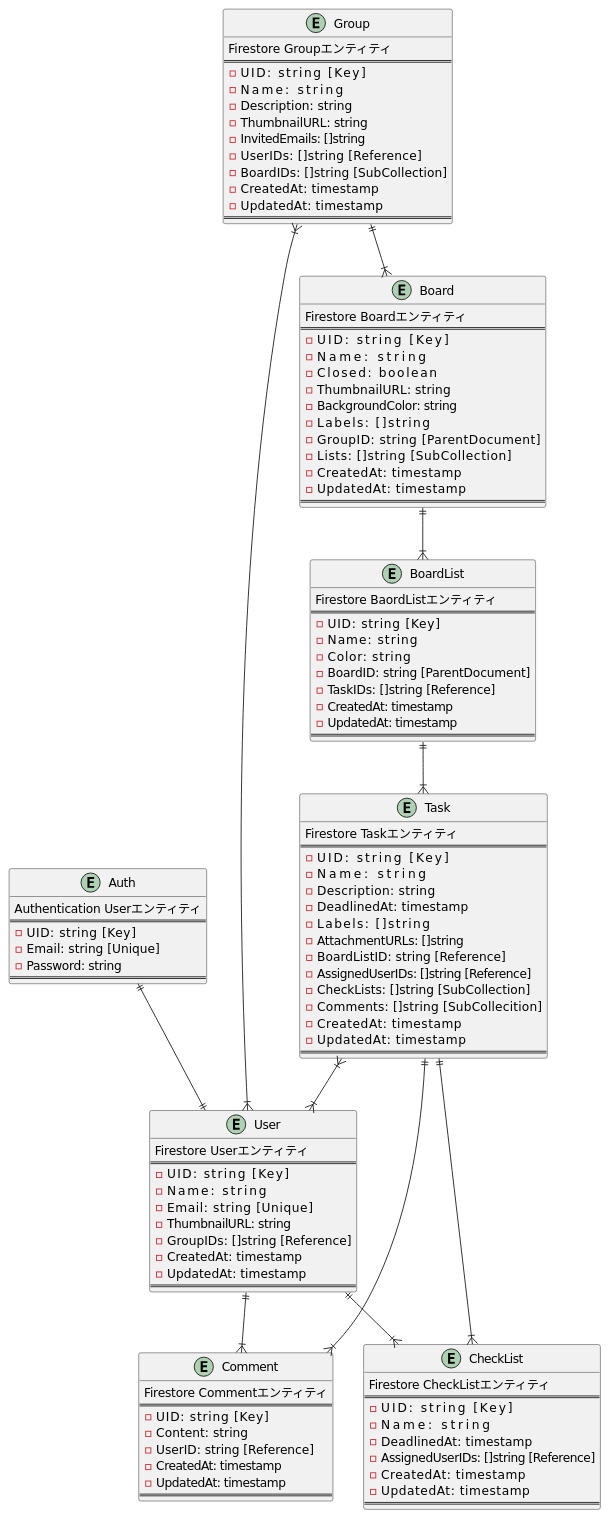
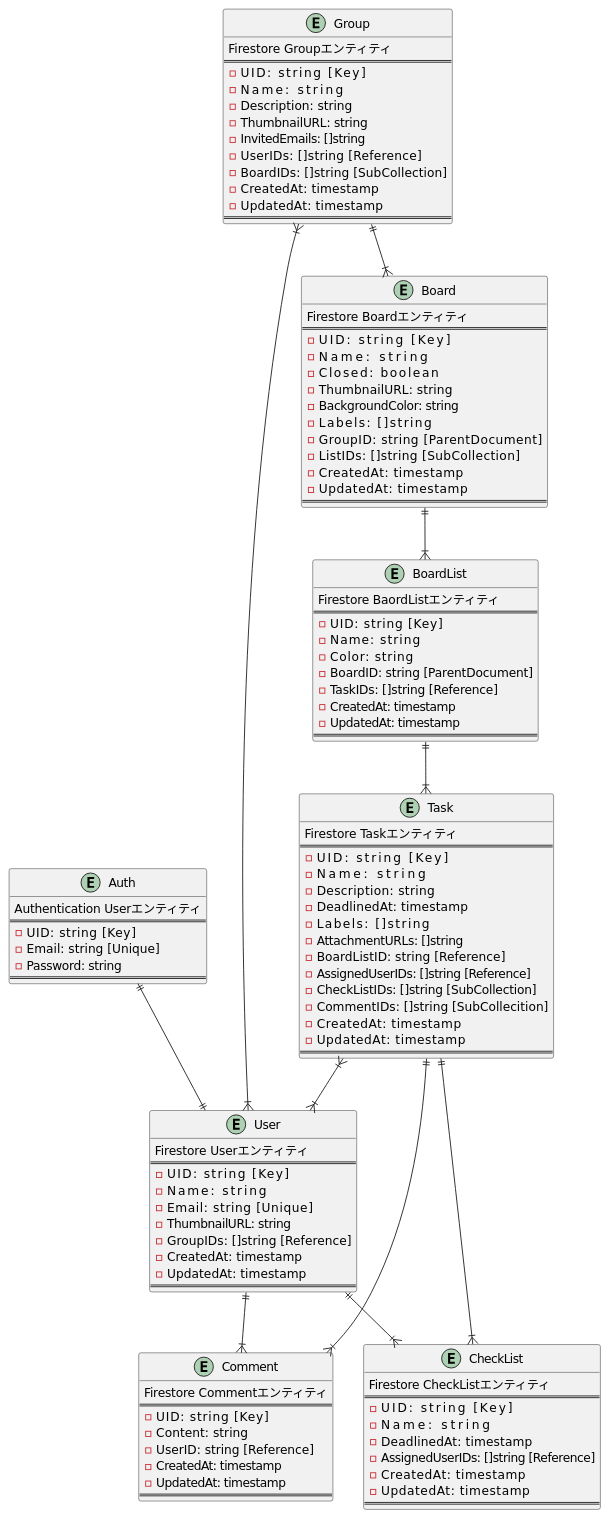
The diagram in docs/03_infrastructure/02_cloud/02_firebase/01_firestore/firestore.puml (calmato/gran), drawn with PlantUML before and after one commit.

Commit message:
docs: fix class diagram

```diff
--- a/docs/03_infrastructure/02_cloud/02_firebase/01_firestore/firestore.puml
+++ b/docs/03_infrastructure/02_cloud/02_firebase/01_firestore/firestore.puml
@@ -1,122 +1,122 @@
 @startuml firestore
 ' --- Entity --- '
 entity "Auth" {
   Authentication Userエンティティ
   ==
   - UID:      string [Key]
   - Email:    string [Unique]
   - Password: string
   ==
 }
 
 entity "User" {
   Firestore Userエンティティ
   ==
   - UID:          string [Key]
   - Name:         string
   - Email:        string [Unique]
   - ThumbnailURL: string
   - GroupIDs:     []string [Reference]
   - CreatedAt:    timestamp
   - UpdatedAt:    timestamp
   ==
 }
 
 entity "Group" {
   Firestore Groupエンティティ
   ==
   - UID:           string [Key]
   - Name:          string
   - Description:   string
   - ThumbnailURL:  string
   - InvitedEmails: []string
   - UserIDs:       []string [Reference]
   - BoardIDs:      []string [SubCollection]
   - CreatedAt:     timestamp
   - UpdatedAt:     timestamp
   ==
 }
 
 entity "Board" {
   Firestore Boardエンティティ
   ==
   - UID:             string [Key]
   - Name:            string
   - Closed:          boolean
   - ThumbnailURL:    string
   - BackgroundColor: string
   - Labels:          []string
   - GroupID:         string [ParentDocument]
-  - Lists:           []string [SubCollection]
+  - ListIDs:         []string [SubCollection]
   - CreatedAt:       timestamp
   - UpdatedAt:       timestamp
   ==
 }
 
 entity "BoardList" {
   Firestore BaordListエンティティ
   ==
   - UID:       string [Key]
   - Name:      string
   - Color:     string
   - BoardID:   string [ParentDocument]
   - TaskIDs:   []string [Reference]
   - CreatedAt: timestamp
   - UpdatedAt: timestamp
   ==
 }
 
 entity "Task" {
   Firestore Taskエンティティ
   ==
   - UID:             string [Key]
   - Name:            string
   - Description:     string
   - DeadlinedAt:     timestamp
   - Labels:          []string
   - AttachmentURLs:  []string
   - BoardListID:     string [Reference]
   - AssignedUserIDs: []string [Reference]
-  - CheckLists:      []string [SubCollection]
-  - Comments:        []string [SubCollecition]
+  - CheckListIDs:    []string [SubCollection]
+  - CommentIDs:      []string [SubCollecition]
   - CreatedAt:       timestamp
   - UpdatedAt:       timestamp
   ==
 }
 
 entity "CheckList" {
   Firestore CheckListエンティティ
   ==
   - UID:             string [Key]
   - Name:            string
   - DeadlinedAt:     timestamp
   - AssignedUserIDs: []string [Reference]
   - CreatedAt:       timestamp
   - UpdatedAt:       timestamp
   ==
 }
 
 entity "Comment" {
   Firestore Commentエンティティ
   ==
   - UID:       string [Key]
   - Content:   string
   - UserID:    string [Reference]
   - CreatedAt: timestamp
   - UpdatedAt: timestamp
   ==
 }
 
 ' --- Relation --- '
 "Auth"      ||--|| "User"
 "Board"     ||--|{ "BoardList"
 "BoardList" ||--|{ "Task"
 "Group"     ||--|{ "Board"
 "Group"     }|--|{ "User"
 "Task"      ||--|{ "CheckList"
 "Task"      }|--|{ "User"
 "Task"      ||--|{ "Comment"
 "User"      ||--|{ "CheckList"
 "User"      ||--|{ "Comment"
 
 @enduml
```
